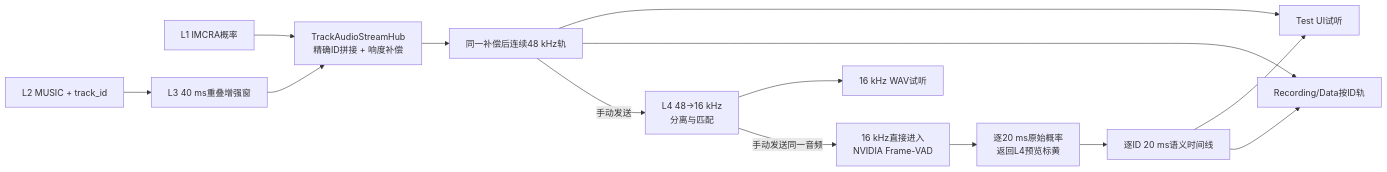
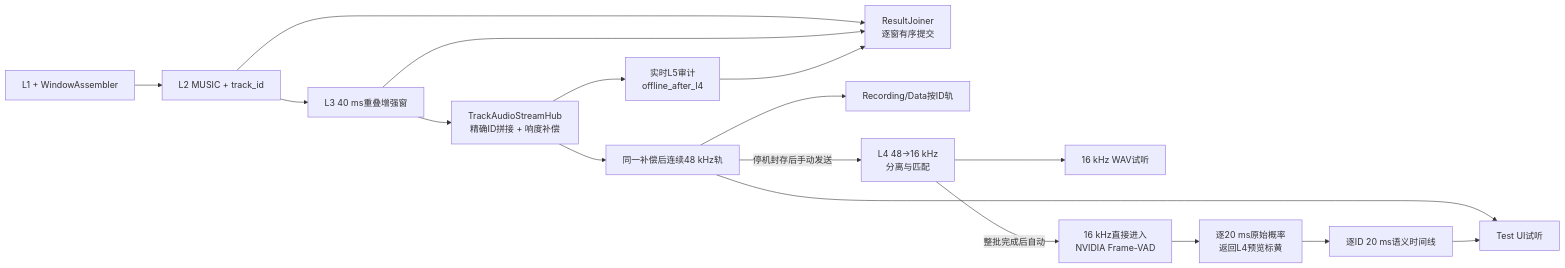
The diagram in ARCHITECTURE_V1.1_TARGET.md (Dwan-123456/micarray-6plus1-voice-direction), drawn with Mermaid before and after one commit. The commit also changed other lines of this file and 7 other files, not shown here.

Commit message:
docs: align architecture with offline l4 l5

````diff
--- a/ARCHITECTURE_V1.1_TARGET.md
+++ b/ARCHITECTURE_V1.1_TARGET.md
@@ -79,16 +85,19 @@
 ```mermaid
 flowchart LR
-    L1["L1 IMCRA概率"] --> HUB["TrackAudioStreamHub<br/>精确ID拼接 + 响度补偿"]
-    L2["L2 MUSIC + track_id"] --> L3["L3 40 ms重叠增强窗"]
+    L1["L1 + WindowAssembler"] --> L2["L2 MUSIC + track_id"]
+    L2 --> L3["L3 40 ms重叠增强窗"]
     L3 --> HUB
+    HUB["TrackAudioStreamHub<br/>精确ID拼接 + 响度补偿"] --> AUDIT["实时L5审计<br/>offline_after_l4"]
+    L2 --> JOIN["ResultJoiner<br/>逐窗有序提交"]
+    L3 --> JOIN
+    AUDIT --> JOIN
     HUB --> TRACK["同一补偿后连续48 kHz轨"]
     TRACK --> UI["Test UI试听"]
     TRACK --> REC["Recording/Data按ID轨"]
-    TRACK -->|"手动发送"| L4["L4 48→16 kHz<br/>分离与匹配"]
+    TRACK -->|"停机封存后手动发送"| L4["L4 48→16 kHz<br/>分离与匹配"]
     L4 --> L4UI["16 kHz WAV试听"]
-    L4 -->|"手动发送同一音频"| NV["16 kHz直接进入<br/>NVIDIA Frame-VAD"]
+    L4 -->|"整批完成后自动"| NV["16 kHz直接进入<br/>NVIDIA Frame-VAD"]
     NV --> L5["逐20 ms原始概率<br/>返回L4预览标黄"]
     L5 --> SEM["逐ID 20 ms语义时间线"]
     SEM --> UI
-    SEM --> REC
 ```
````
